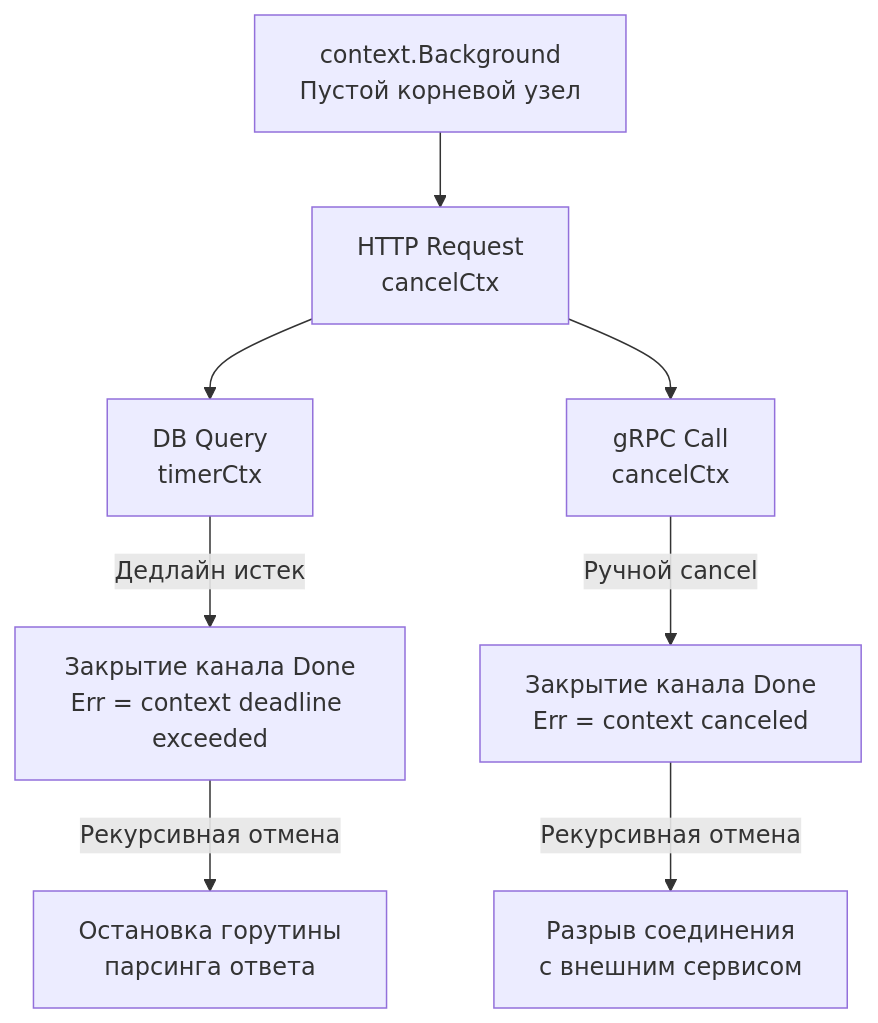
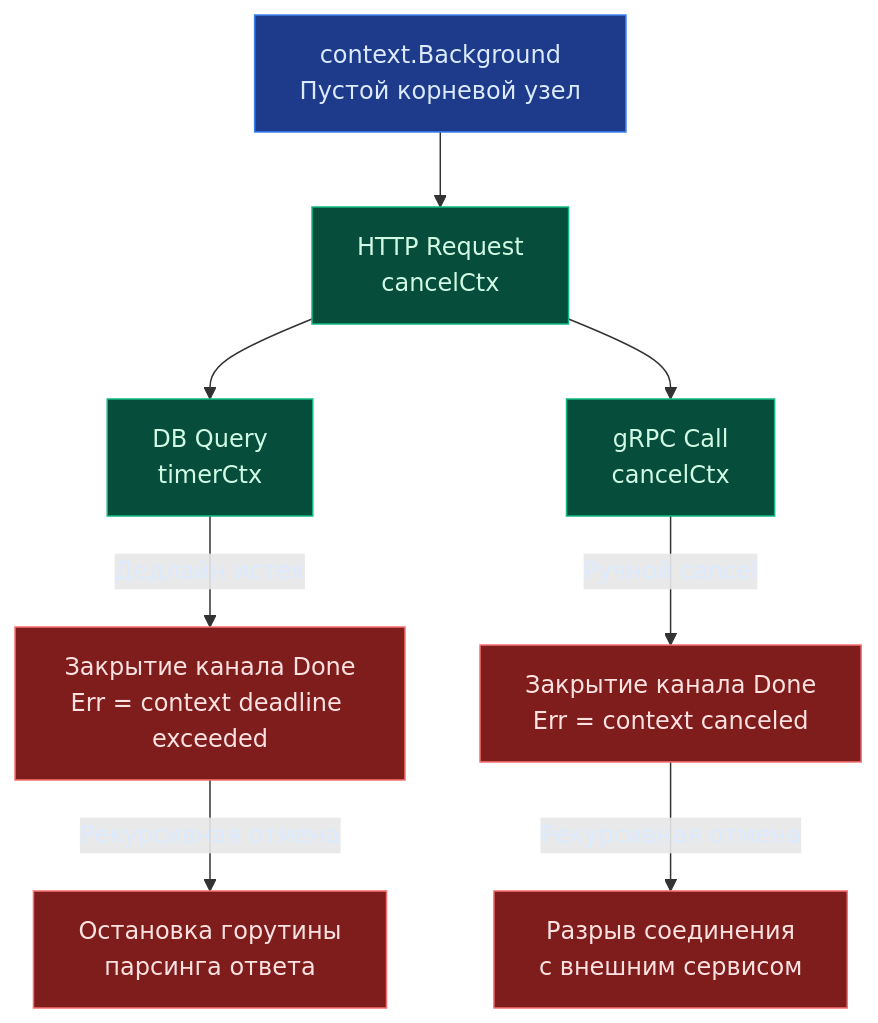
The diagram in sources/6. Стандартная библиотека Go/17. context. Управление временем жизни операций.md (UnrealTemplier/go-textbook), drawn with Mermaid before and after one commit. The commit also changed other lines of this file, not shown here.

````diff
--- a/sources/6. Стандартная библиотека Go/17. context. Управление временем жизни операций.md
+++ b/sources/6. Стандартная библиотека Go/17. context. Управление временем жизни операций.md
@@ -46,10 +15,18 @@
 ```mermaid
 flowchart TD
     Root["context.Background<br>Пустой корневой узел"] --> C1["HTTP Request<br>cancelCtx"]
     C1 --> C2["DB Query<br>timerCtx"]
     C1 --> C3["gRPC Call<br>cancelCtx"]
     C2 -->|Дедлайн истек| E1["Закрытие канала Done<br>Err = context deadline exceeded"]
     C3 -->|Ручной cancel| E2["Закрытие канала Done<br>Err = context canceled"]
     E1 -->|Рекурсивная отмена| G1["Остановка горутины<br>парсинга ответа"]
     E2 -->|Рекурсивная отмена| G2["Разрыв соединения<br>с внешним сервисом"]
+
+    classDef root fill:#1e3a8a,stroke:#3b82f6,color:#dbeafe;
+    classDef branch fill:#064e3b,stroke:#10b981,color:#d1fae5;
+    classDef cancel fill:#7f1d1d,stroke:#f87171,color:#fee2e2;
+
+    class Root root;
+    class C1,C2,C3 branch;
+    class E1,E2,G1,G2 cancel;
 ```
````
